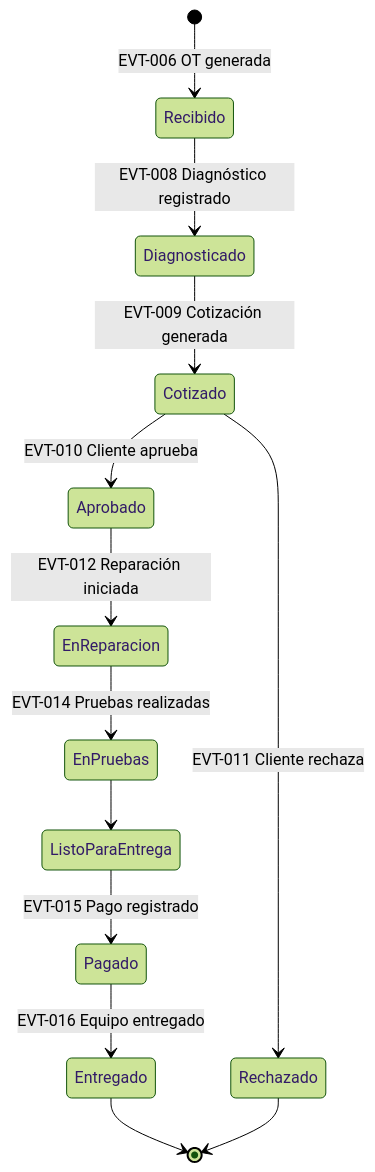
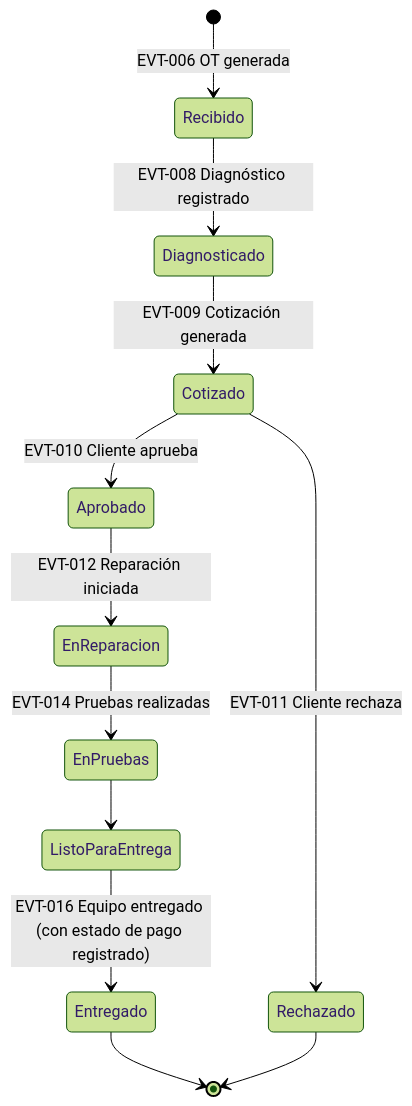
The first of 7 diagrams in docs/02-Business/Business-States.md (JoseAntonioZ1/ISARMIN-ERP), drawn with Mermaid (forest theme) before and after one commit. The commit also changed other lines of this file and 6 other files, not shown here.

````diff
--- a/docs/02-Business/Business-States.md
+++ b/docs/02-Business/Business-States.md
@@ -17,15 +17,14 @@
 ```mermaid
 stateDiagram-v2
     [*] --> Recibido: EVT-006 OT generada
     Recibido --> Diagnosticado: EVT-008 Diagnóstico registrado
     Diagnosticado --> Cotizado: EVT-009 Cotización generada
     Cotizado --> Aprobado: EVT-010 Cliente aprueba
     Cotizado --> Rechazado: EVT-011 Cliente rechaza
     Aprobado --> EnReparacion: EVT-012 Reparación iniciada
     EnReparacion --> EnPruebas: EVT-014 Pruebas realizadas
     EnPruebas --> ListoParaEntrega
-    ListoParaEntrega --> Pagado: EVT-015 Pago registrado
-    Pagado --> Entregado: EVT-016 Equipo entregado
+    ListoParaEntrega --> Entregado: EVT-016 Equipo entregado (con estado de pago registrado)
     Entregado --> [*]
     Rechazado --> [*]
 ```
````
